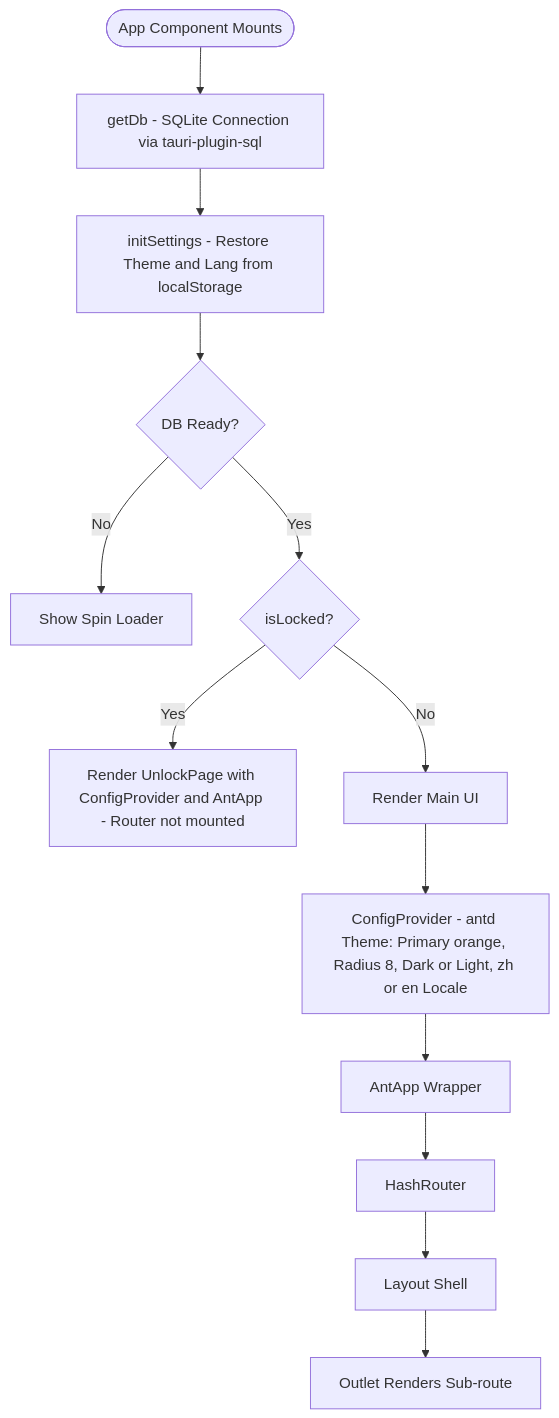
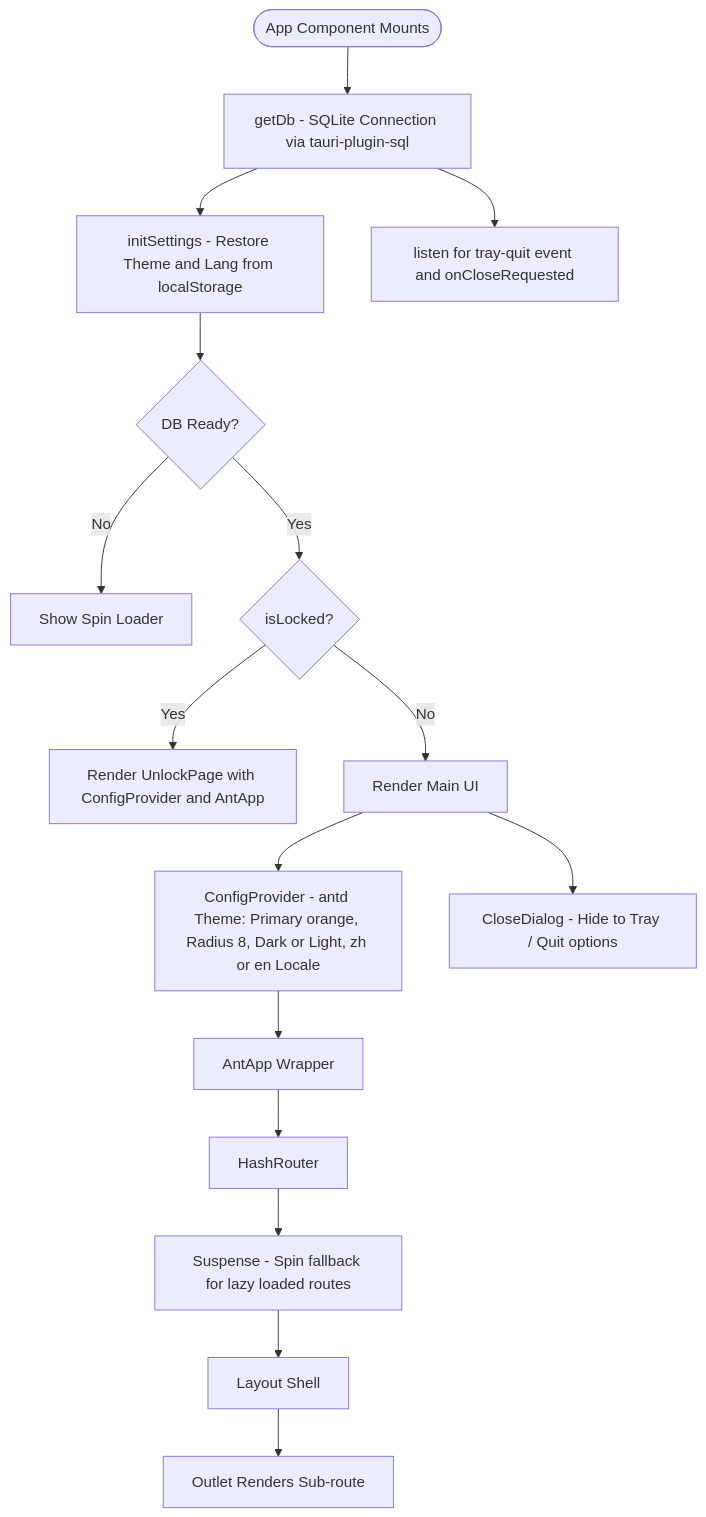
The fifth of 12 diagrams in docs/ARCHITECTURE.md (kindywu/task-manager), drawn with Mermaid before and after one commit. The commit also changed other lines of this file and 2 other files, not shown here.

````diff
--- a/docs/ARCHITECTURE.md
+++ b/docs/ARCHITECTURE.md
@@ -643,18 +664,22 @@
 ```mermaid
 flowchart TD
     APP_START(["App Component Mounts"]) --> INIT_DB["getDb - SQLite Connection via tauri-plugin-sql"]
     INIT_DB --> INIT_SET["initSettings - Restore Theme and Lang from localStorage"]
+    INIT_DB --> LISTEN["listen for tray-quit event and onCloseRequested"]
     INIT_SET --> DB_READY{"DB Ready?"}
 
     DB_READY -->|No| SPINNER["Show Spin Loader"]
     DB_READY -->|Yes| LOCKED{isLocked?}
 
-    LOCKED -->|Yes| UNLOCK["Render UnlockPage with ConfigProvider and AntApp - Router not mounted"]
+    LOCKED -->|Yes| UNLOCK["Render UnlockPage with ConfigProvider and AntApp"]
     LOCKED -->|No| MAIN["Render Main UI"]
 
     MAIN --> CP["ConfigProvider - antd Theme: Primary orange, Radius 8, Dark or Light, zh or en Locale"]
     CP --> AA["AntApp Wrapper"]
     AA --> ROUTER[HashRouter]
-    ROUTER --> LAYOUT["Layout Shell"]
+    ROUTER --> SUSPENSE["Suspense - Spin fallback for lazy loaded routes"]
+    SUSPENSE --> LAYOUT["Layout Shell"]
     LAYOUT --> OUTLET["Outlet Renders Sub-route"]
+    
+    MAIN --> CLOSE_DIALOG["CloseDialog - Hide to Tray / Quit options"]
 ```
````
